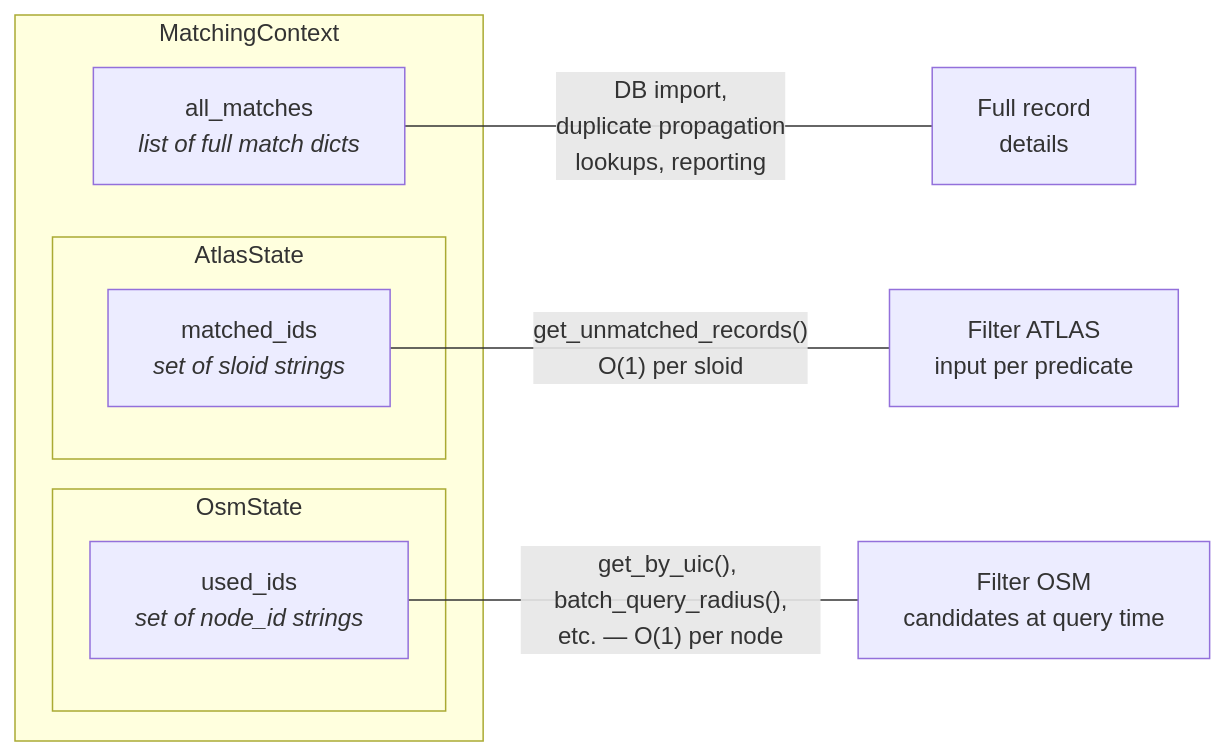
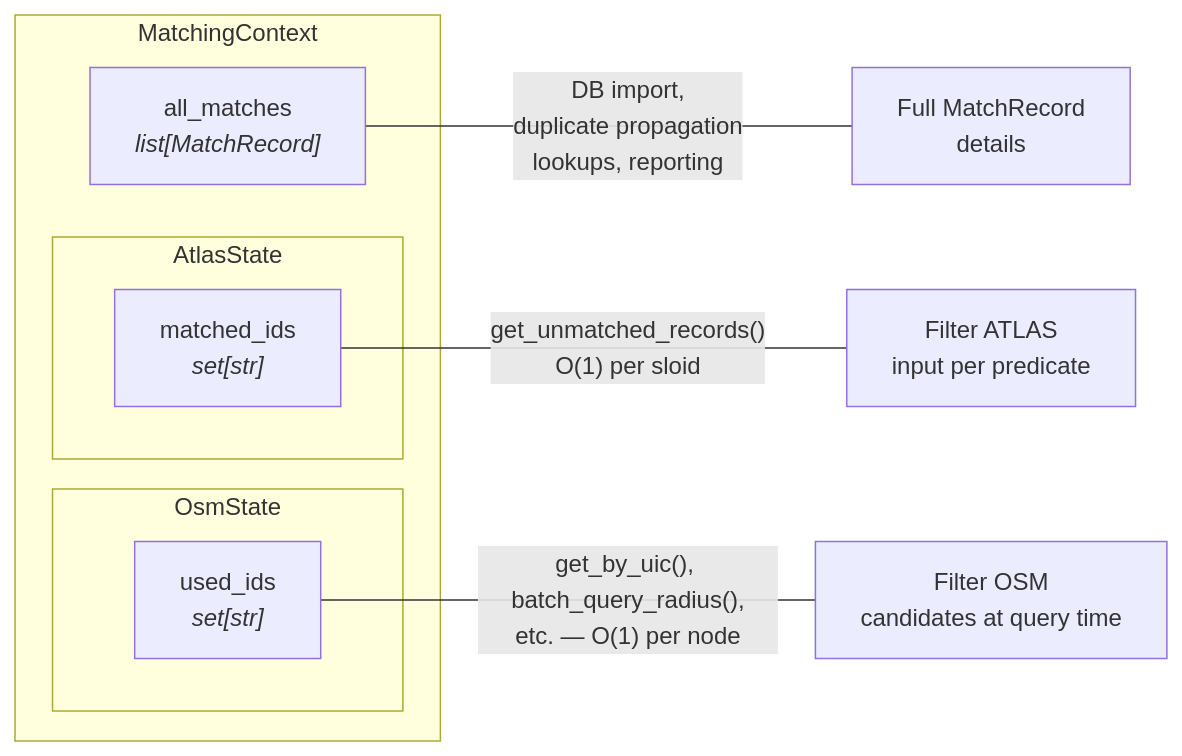
The fifth of 5 diagrams in documentation/2. Matching process.md (openTdataCH/stop_sync_osm_atlas), drawn with Mermaid before and after one commit. The commit also changed other lines of this file and 35 other files, not shown here.

````diff
--- a/documentation/2. Matching process.md
+++ b/documentation/2. Matching process.md
@@ -124,16 +348,16 @@
 ```mermaid
 flowchart LR
     subgraph MatchingContext
-        AM["all_matches<br/><i>list of full match dicts</i>"]
+        AM["all_matches<br/><i>list[MatchRecord]</i>"]
         subgraph AtlasState
-            MI["matched_ids<br/><i>set of sloid strings</i>"]
+            MI["matched_ids<br/><i>set[str]</i>"]
         end
         subgraph OsmState
-            UI["used_ids<br/><i>set of node_id strings</i>"]
+            UI["used_ids<br/><i>set[str]</i>"]
         end
     end
 
-    AM ---|"DB import,<br/>duplicate propagation<br/>lookups, reporting"| C1["Full record<br/>details"]
+    AM ---|"DB import,<br/>duplicate propagation<br/>lookups, reporting"| C1["Full MatchRecord<br/>details"]
     MI ---|"get_unmatched_records()<br/>O(1) per sloid"| C2["Filter ATLAS<br/>input per predicate"]
     UI ---|"get_by_uic(), batch_query_radius(),<br/>etc. — O(1) per node"| C3["Filter OSM<br/>candidates at query time"]
 ```
````
